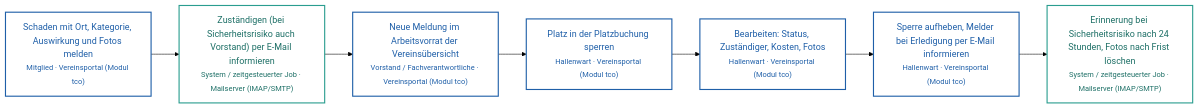
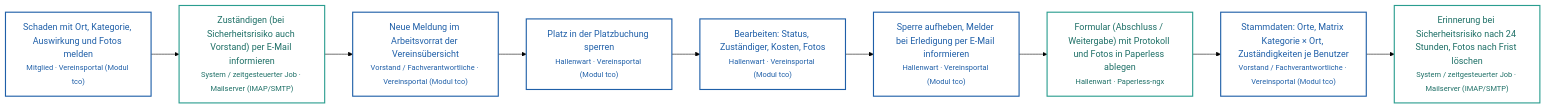
The ninth of 9 diagrams in docs/landschaft/level-2-prozesse.md (lautor80/Homeprojekt), drawn with Mermaid (forest theme) before and after one commit. The commit also changed other lines of this file and 17 other files, not shown here.

First line of the commit message:
Instandhaltung (#205 Nachtrag): Stammdaten, Protokoll, Formular in Paperless

````diff
--- a/docs/landschaft/level-2-prozesse.md
+++ b/docs/landschaft/level-2-prozesse.md
@@ -290,20 +290,24 @@
 ```mermaid
 flowchart LR
   S0["Schaden mit Ort, Kategorie, Auswirkung und Fotos melden<br/><small>Mitglied · Vereinsportal (Modul tco)</small>"]:::portal
   S1["Zuständigen (bei Sicherheitsrisiko auch Vorstand) per E-Mail informieren<br/><small>System / zeitgesteuerter Job · Mailserver (IMAP/SMTP)</small>"]:::extern
   S0 --> S1
   S2["Neue Meldung im Arbeitsvorrat der Vereinsübersicht<br/><small>Vorstand / Fachverantwortliche · Vereinsportal (Modul tco)</small>"]:::portal
   S1 --> S2
   S3["Platz in der Platzbuchung sperren<br/><small>Hallenwart · Vereinsportal (Modul tco)</small>"]:::portal
   S2 --> S3
   S4["Bearbeiten: Status, Zuständiger, Kosten, Fotos<br/><small>Hallenwart · Vereinsportal (Modul tco)</small>"]:::portal
   S3 --> S4
   S5["Sperre aufheben, Melder bei Erledigung per E-Mail informieren<br/><small>Hallenwart · Vereinsportal (Modul tco)</small>"]:::portal
   S4 --> S5
-  S6["Erinnerung bei Sicherheitsrisiko nach 24 Stunden, Fotos nach Frist löschen<br/><small>System / zeitgesteuerter Job · Mailserver (IMAP/SMTP)</small>"]:::extern
+  S6["Formular (Abschluss / Weitergabe) mit Protokoll und Fotos in Paperless ablegen<br/><small>Hallenwart · Paperless-ngx</small>"]:::extern
   S5 --> S6
+  S7["Stammdaten: Orte, Matrix Kategorie × Ort, Zuständigkeiten je Benutzer<br/><small>Vorstand / Fachverantwortliche · Vereinsportal (Modul tco)</small>"]:::portal
+  S6 --> S7
+  S8["Erinnerung bei Sicherheitsrisiko nach 24 Stunden, Fotos nach Frist löschen<br/><small>System / zeitgesteuerter Job · Mailserver (IMAP/SMTP)</small>"]:::extern
+  S7 --> S8
   classDef portal fill:#ffffff,stroke:#1f5fa8,stroke-width:2px,color:#1f5fa8
   classDef n8n fill:#ffffff,stroke:#2e7d32,stroke-width:2px,color:#2e7d32
   classDef extern fill:#ffffff,stroke:#2a9d8f,stroke-width:2px,color:#1d6f66
   classDef person fill:#ffffff,stroke:#7f7f7f,stroke-width:2px,stroke-dasharray:4 3,color:#404040
 ```
````
